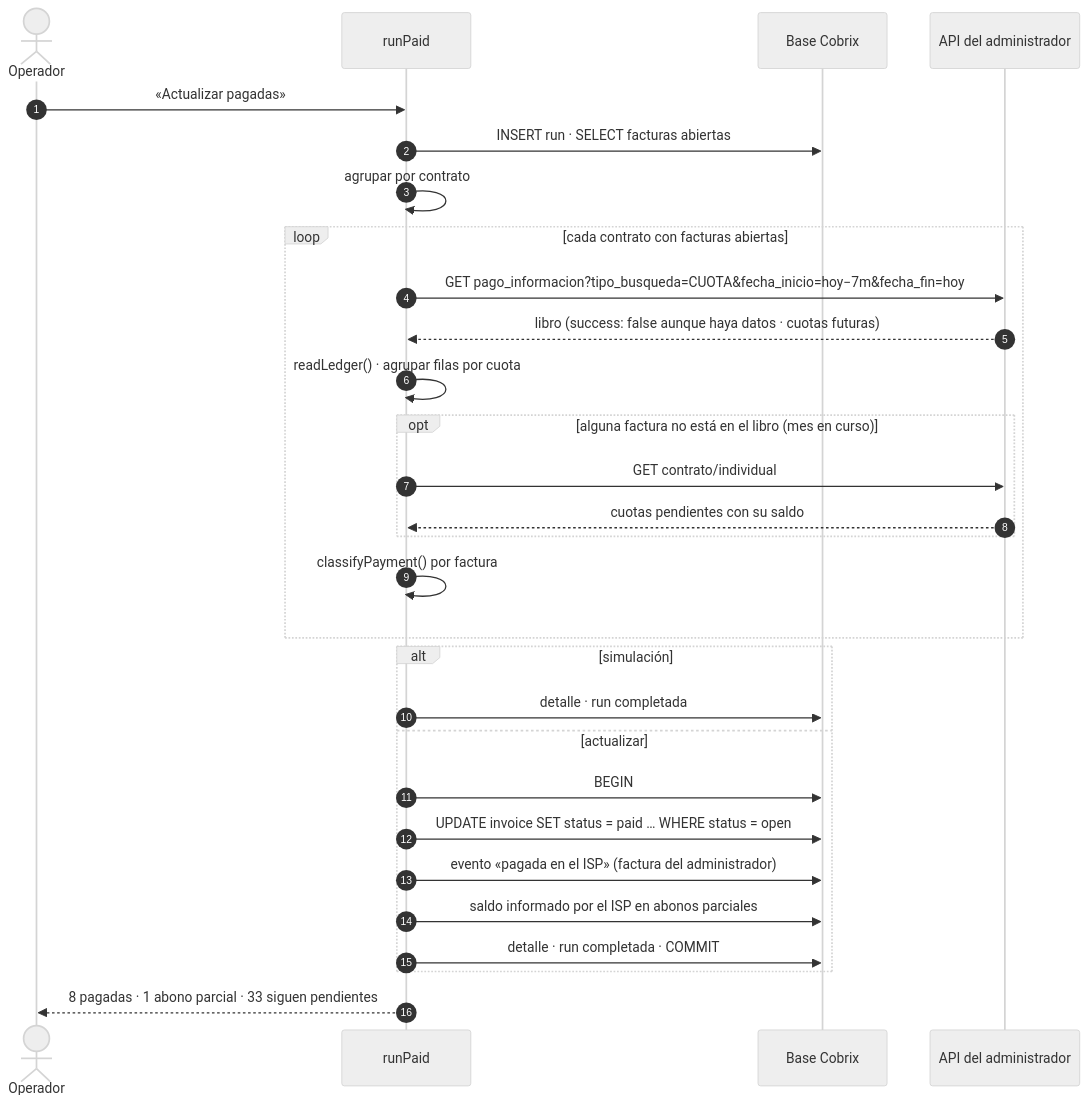
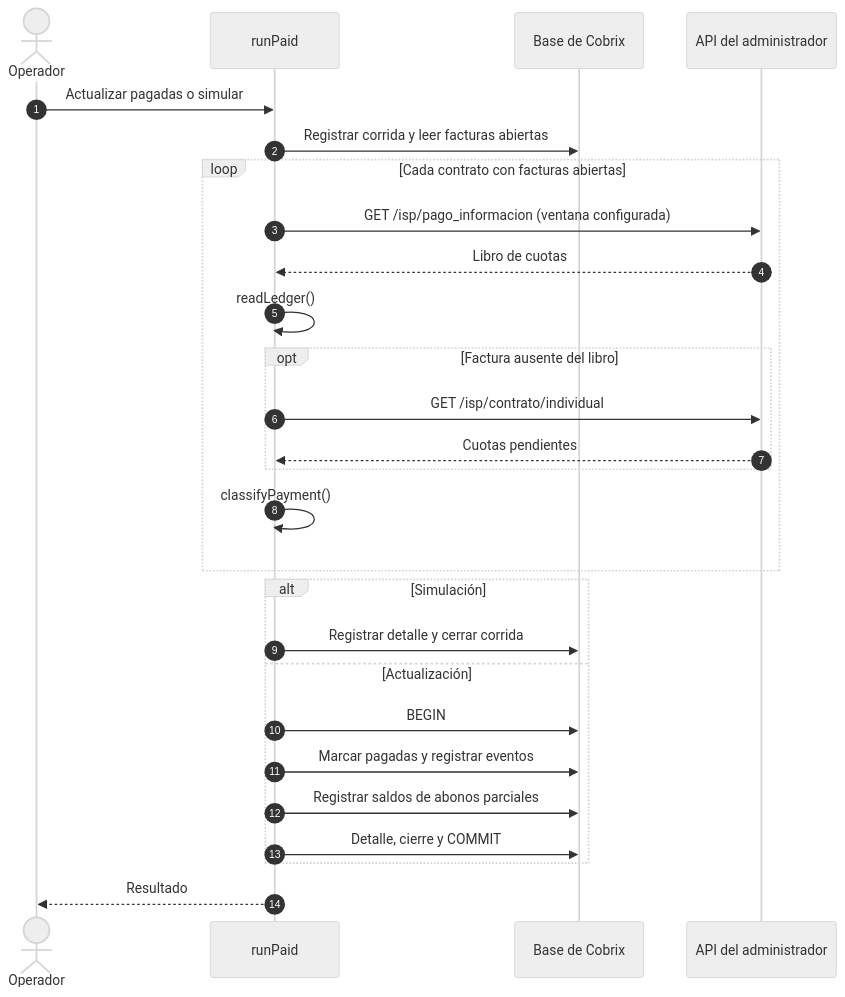
The seventh of 11 diagrams in docs/DISENO.md (robydaniel45san/Cobrix-Api-Prueba-Tecnica-Duran-Roby), drawn with Mermaid (neutral theme) before and after one commit. The commit also changed other lines of this file and 1 other file, not shown here.

First line of the commit message:
Modelo de datos: provider referencia a company y run a provider

````diff
--- a/docs/DISENO.md
+++ b/docs/DISENO.md
@@ -504,32 +520,30 @@
 ```mermaid
 sequenceDiagram
     autonumber
     actor OP as Operador
     participant SYNC as runPaid
-    participant DB as Base Cobrix
+    participant DB as Base de Cobrix
     participant ISP as API del administrador
 
-    OP->>SYNC: «Actualizar pagadas»
-    SYNC->>DB: INSERT run · SELECT facturas abiertas
-    SYNC->>SYNC: agrupar por contrato
-    loop cada contrato con facturas abiertas
-        SYNC->>ISP: GET pago_informacion?tipo_busqueda=CUOTA&fecha_inicio=hoy−7m&fecha_fin=hoy
-        ISP-->>SYNC: libro (success: false aunque haya datos · cuotas futuras)
-        SYNC->>SYNC: readLedger() · agrupar filas por cuota
-        opt alguna factura no está en el libro (mes en curso)
-            SYNC->>ISP: GET contrato/individual
-            ISP-->>SYNC: cuotas pendientes con su saldo
+    OP->>SYNC: Actualizar pagadas o simular
+    SYNC->>DB: Registrar corrida y leer facturas abiertas
+    loop Cada contrato con facturas abiertas
+        SYNC->>ISP: GET /isp/pago_informacion (ventana configurada)
+        ISP-->>SYNC: Libro de cuotas
+        SYNC->>SYNC: readLedger()
+        opt Factura ausente del libro
+            SYNC->>ISP: GET /isp/contrato/individual
+            ISP-->>SYNC: Cuotas pendientes
         end
-        SYNC->>SYNC: classifyPayment() por factura
+        SYNC->>SYNC: classifyPayment()
     end
-    alt simulación
-        SYNC->>DB: detalle · run completada
-    else actualizar
+    alt Simulación
+        SYNC->>DB: Registrar detalle y cerrar corrida
+    else Actualización
         SYNC->>DB: BEGIN
-        SYNC->>DB: UPDATE invoice SET status = paid … WHERE status = open
-        SYNC->>DB: evento «pagada en el ISP» (factura del administrador)
-        SYNC->>DB: saldo informado por el ISP en abonos parciales
-        SYNC->>DB: detalle · run completada · COMMIT
+        SYNC->>DB: Marcar pagadas y registrar eventos
+        SYNC->>DB: Registrar saldos de abonos parciales
+        SYNC->>DB: Detalle, cierre y COMMIT
     end
-    SYNC-->>OP: 8 pagadas · 1 abono parcial · 33 siguen pendientes
+    SYNC-->>OP: Resultado
 ```
````
